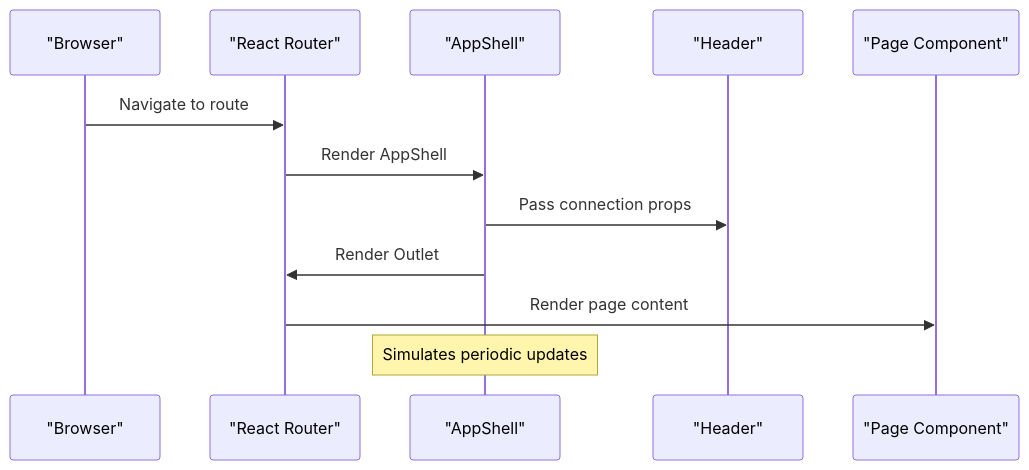
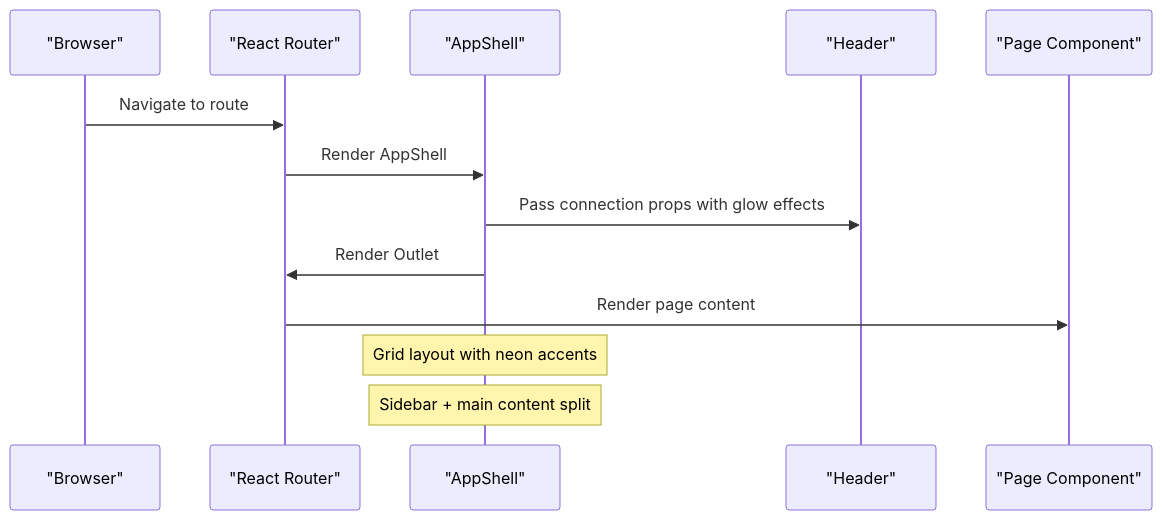
The third of 19 diagrams in .qoder/repowiki/en/content/Frontend Architecture/Component Architecture.md (RunTimeAdmin/InfraWatch), drawn with Mermaid before and after one commit. The commit also changed other lines of this file and 12 other files, not shown here.

````diff
--- a/.qoder/repowiki/en/content/Frontend Architecture/Component Architecture.md
+++ b/.qoder/repowiki/en/content/Frontend Architecture/Component Architecture.md
@@ -236,14 +243,15 @@
 ```mermaid
 sequenceDiagram
 participant Browser as "Browser"
 participant Router as "React Router"
 participant Shell as "AppShell"
 participant Header as "Header"
 participant Page as "Page Component"
 Browser->>Router : Navigate to route
 Router->>Shell : Render AppShell
-Shell->>Header : Pass connection props
+Shell->>Header : Pass connection props with glow effects
 Shell->>Router : Render Outlet
 Router->>Page : Render page content
-Note over Shell : Simulates periodic updates
+Note over Shell : Grid layout with neon accents
+Note over Shell : Sidebar + main content split
 ```
````
